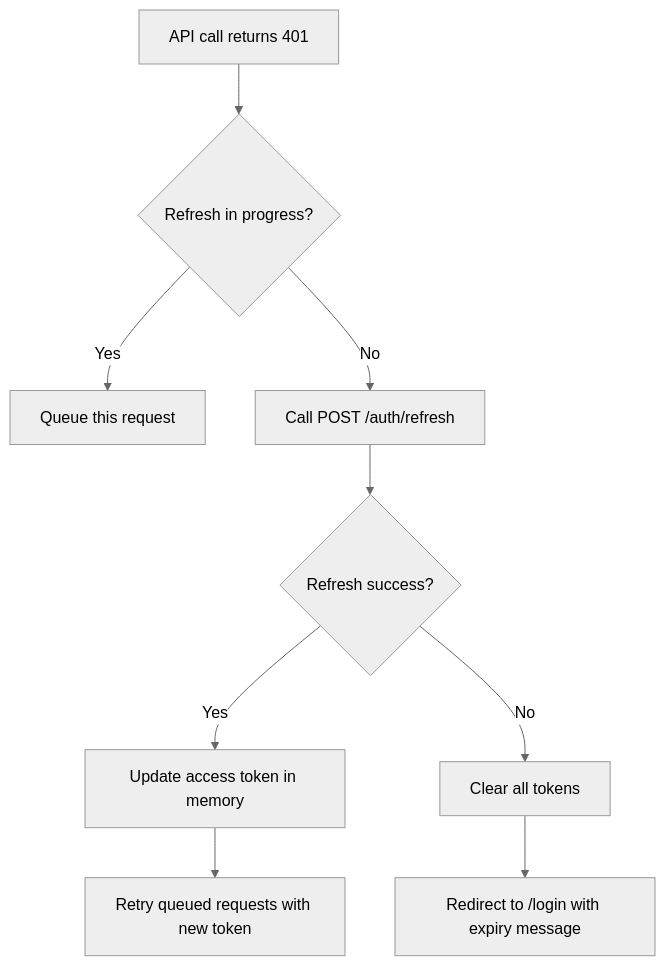
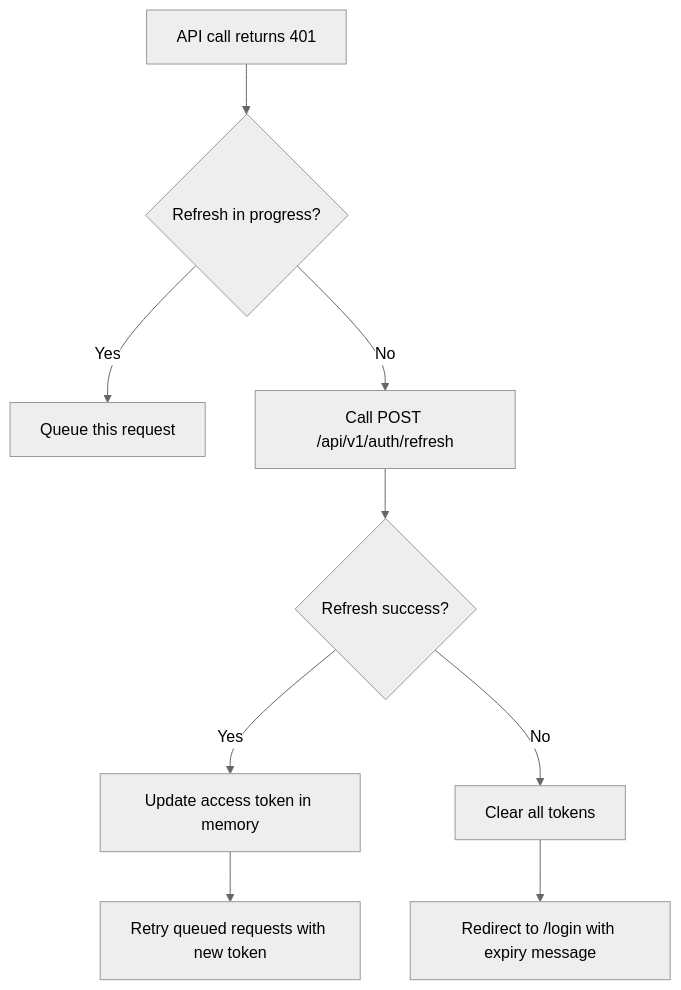
The third of 3 diagrams in docs/User stories/EPIC-01-Authentication-Session.md (ashutoshbelulkar-coder/credit-harmony), drawn with Mermaid (neutral theme) before and after one commit. The commit also changed other lines of this file and 30 other files, not shown here.

````diff
--- a/docs/User stories/EPIC-01-Authentication-Session.md
+++ b/docs/User stories/EPIC-01-Authentication-Session.md
@@ -548,11 +548,11 @@
 ```mermaid
 flowchart TD
     A[API call returns 401] --> B{Refresh in progress?}
     B -->|Yes| C[Queue this request]
-    B -->|No| D[Call POST /auth/refresh]
+    B -->|No| D[Call POST /api/v1/auth/refresh]
     D --> E{Refresh success?}
     E -->|Yes| F[Update access token in memory]
     F --> G[Retry queued requests with new token]
     E -->|No| H[Clear all tokens]
     H --> I[Redirect to /login with expiry message]
 ```
````
